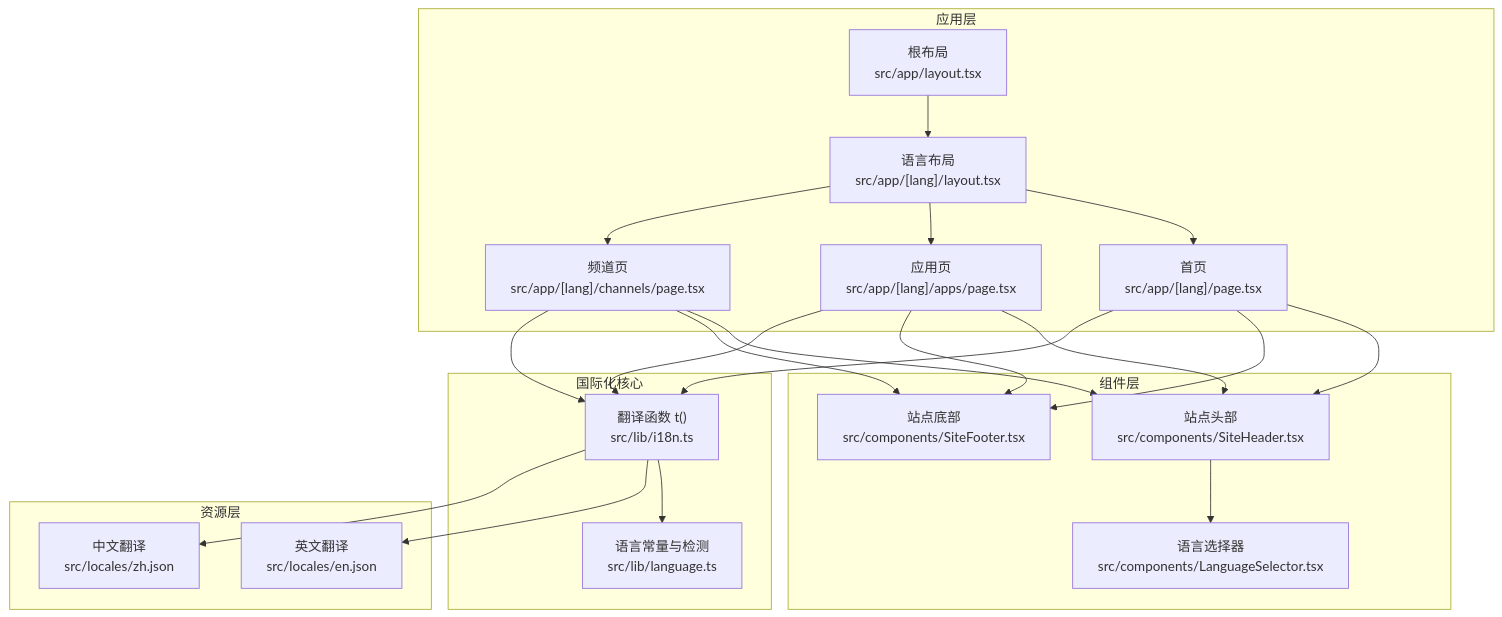
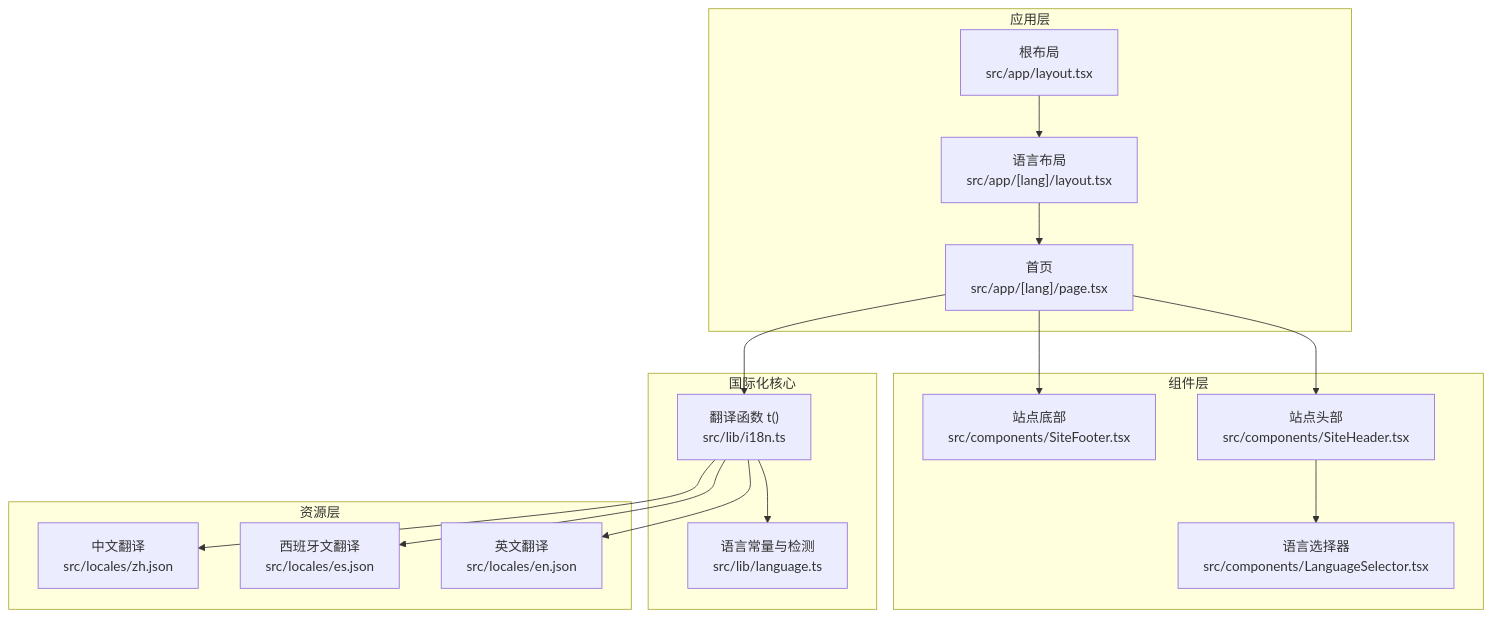
One commit to pnnh/weable changed the first of 7 diagrams in .qoder/repowiki/zh/content/核心模块/国际化系统.md. Above: the diagram before and after it, drawn with Mermaid. The commit also changed other lines of this file and 138 other files, not shown here.

Commit message:
未登录时访问console跳转至signin页面 修复点击图片目录未正确跳转问题 实现图片批量删除功能 将上传页面改成造成轻量级队列，实现分部上传和重试功能（绕过worker限制）

````diff
--- a/.qoder/repowiki/zh/content/核心模块/国际化系统.md
+++ b/.qoder/repowiki/zh/content/核心模块/国际化系统.md
@@ -37,40 +45,32 @@
 ```mermaid
 graph TB
 subgraph "应用层"
 RootLayout["根布局<br/>src/app/layout.tsx"]
 LangLayout["语言布局<br/>src/app/[lang]/layout.tsx"]
 HomePage["首页<br/>src/app/[lang]/page.tsx"]
-AppsPage["应用页<br/>src/app/[lang]/apps/page.tsx"]
-ChannelsPage["频道页<br/>src/app/[lang]/channels/page.tsx"]
 end
 subgraph "组件层"
 SiteHeader["站点头部<br/>src/components/SiteHeader.tsx"]
 SiteFooter["站点底部<br/>src/components/SiteFooter.tsx"]
 LanguageSelector["语言选择器<br/>src/components/LanguageSelector.tsx"]
 end
 subgraph "国际化核心"
 I18n["翻译函数 t()<br/>src/lib/i18n.ts"]
 Language["语言常量与检测<br/>src/lib/language.ts"]
 end
 subgraph "资源层"
 LocalesEN["英文翻译<br/>src/locales/en.json"]
+LocalesES["西班牙文翻译<br/>src/locales/es.json"]
 LocalesZH["中文翻译<br/>src/locales/zh.json"]
 end
 RootLayout --> LangLayout
 LangLayout --> HomePage
-LangLayout --> AppsPage
-LangLayout --> ChannelsPage
 HomePage --> SiteHeader
 HomePage --> SiteFooter
-AppsPage --> SiteHeader
-AppsPage --> SiteFooter
-ChannelsPage --> SiteHeader
-ChannelsPage --> SiteFooter
 SiteHeader --> LanguageSelector
 HomePage --> I18n
-AppsPage --> I18n
-ChannelsPage --> I18n
 I18n --> Language
 I18n --> LocalesEN
+I18n --> LocalesES
 I18n --> LocalesZH
 ```
````
